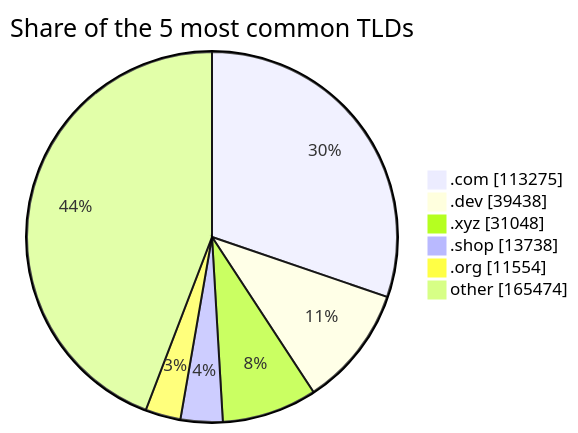
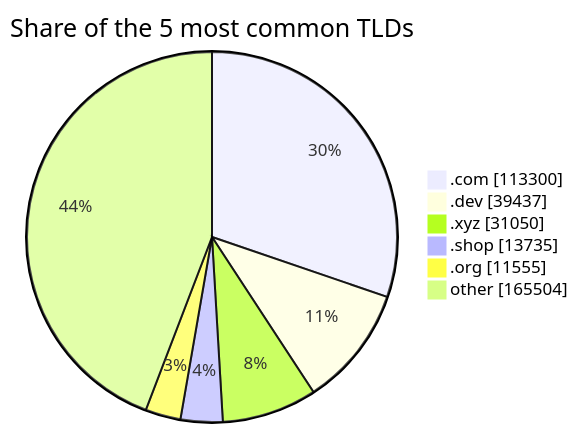
One commit to DNSBunker/CTI changed the third of 3 diagrams in README.md. Above: the diagram before and after it, drawn with Mermaid. The commit also changed other lines of this file and 3 other files, not shown here.

````diff
--- a/README.md
+++ b/README.md
@@ -81,9 +81,9 @@
 ```mermaid
 pie showData title Share of the 5 most common TLDs
-    ".com" : 113275
-    ".dev" : 39438
-    ".xyz" : 31048
-    ".shop" : 13738
-    ".org" : 11554
-    "other" : 165474
+    ".com" : 113300
+    ".dev" : 39437
+    ".xyz" : 31050
+    ".shop" : 13735
+    ".org" : 11555
+    "other" : 165504
 ```
````
